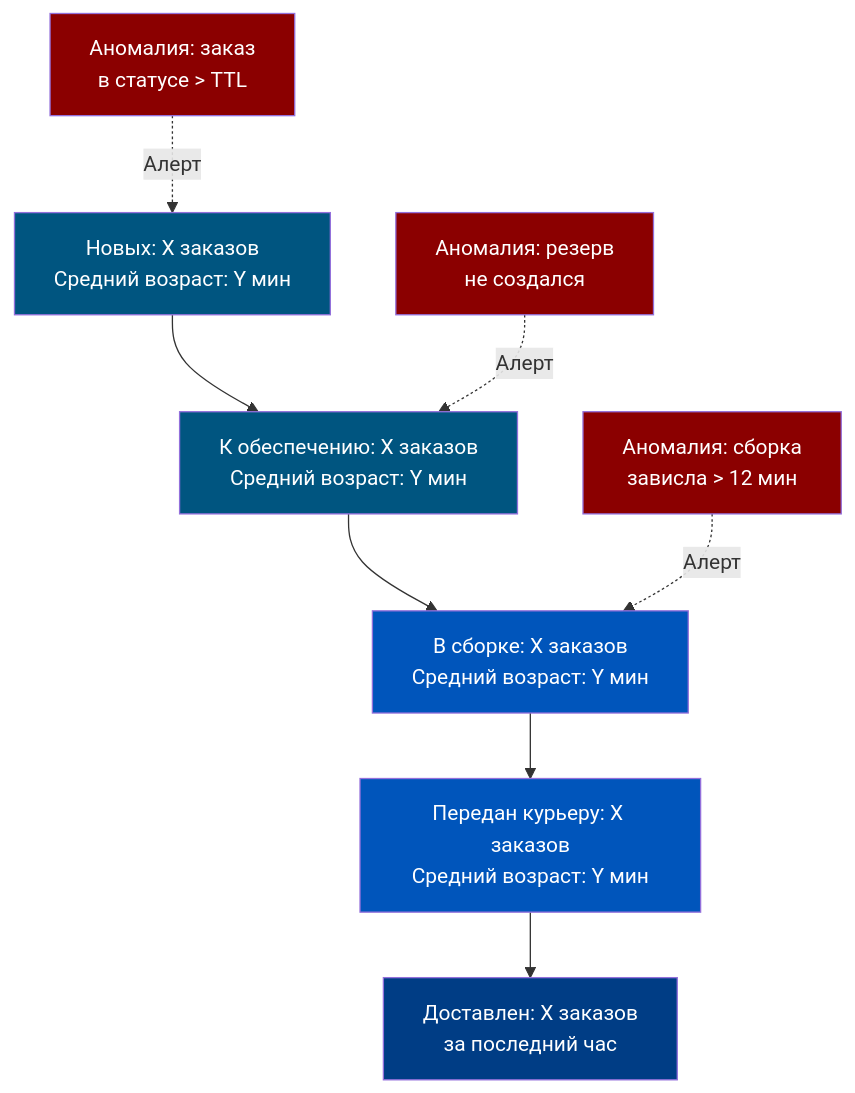
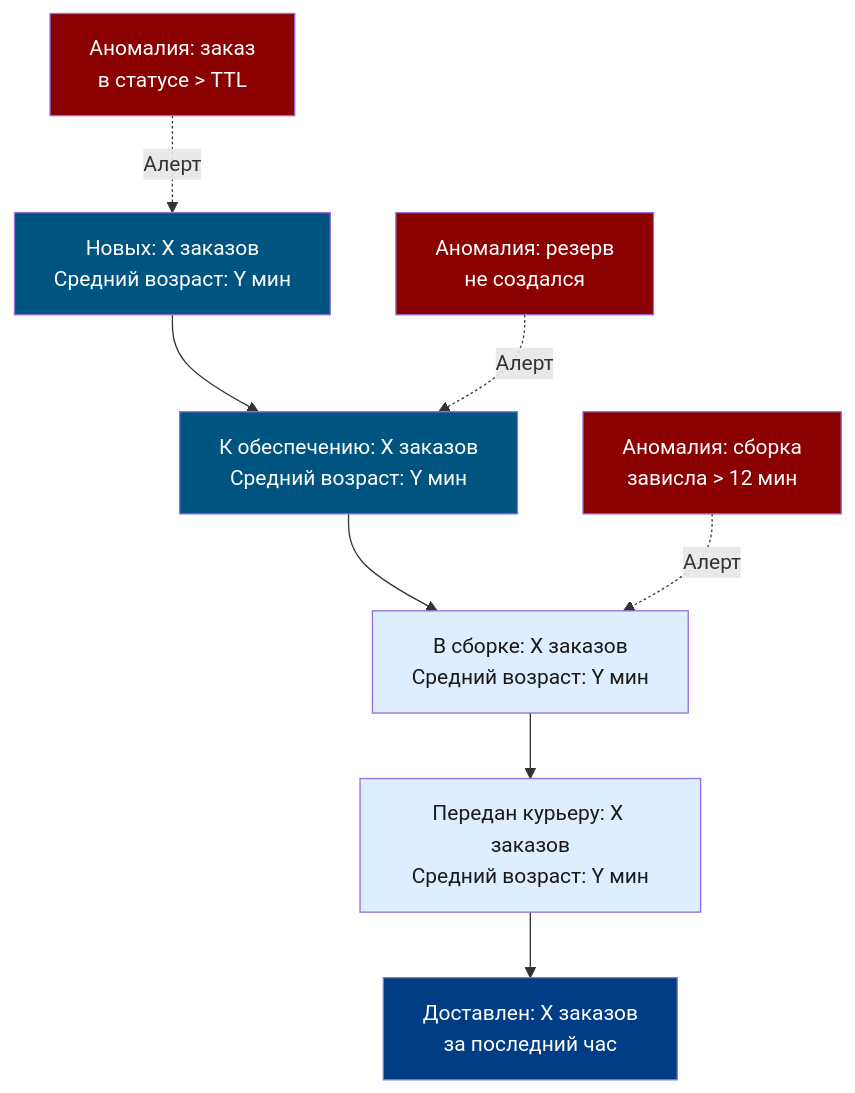
The seventh of 7 diagrams in content/1c-erp/week_6/Неделя 6 - День 2 - Статусная модель заказа.md (murad1986/1c-erp-quartz), drawn with Mermaid before and after one commit. The commit also changed other lines of this file and 57 other files, not shown here.

First line of the commit message:
fix: Mermaid — пастельные цвета в источниках диаграмм (56 файлов)

````diff
--- a/content/1c-erp/week_6/Неделя 6 - День 2 - Статусная модель заказа.md
+++ b/content/1c-erp/week_6/Неделя 6 - День 2 - Статусная модель заказа.md
@@ -442,20 +442,20 @@
 ```mermaid
 flowchart TD
     N[Новых: X заказов<br/>Средний возраст: Y мин] --> O[К обеспечению: X заказов<br/>Средний возраст: Y мин]
     O --> S[В сборке: X заказов<br/>Средний возраст: Y мин]
     S --> D[Передан курьеру: X заказов<br/>Средний возраст: Y мин]
     D --> F[Доставлен: X заказов<br/>за последний час]
 
     AN[Аномалия: заказ<br/>в статусе > TTL] -.->|Алерт| N
     AO[Аномалия: резерв<br/>не создался] -.->|Алерт| O
     AS[Аномалия: сборка<br/>зависла > 12 мин] -.->|Алерт| S
 
     style N fill:#005580,color:#fff
     style O fill:#005580,color:#fff
-    style S fill:#0055BB,color:#fff
-    style D fill:#0055BB,color:#fff
+    style S fill:#dceeff,color:#1a1a1a
+    style D fill:#dceeff,color:#1a1a1a
     style F fill:#003d85,color:#fff
     style AN fill:#8B0000,color:#fff
     style AO fill:#8B0000,color:#fff
     style AS fill:#8B0000,color:#fff
 ```
````
